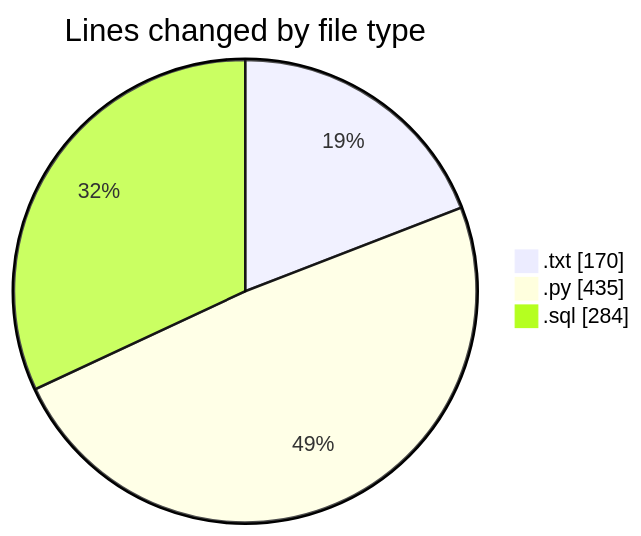
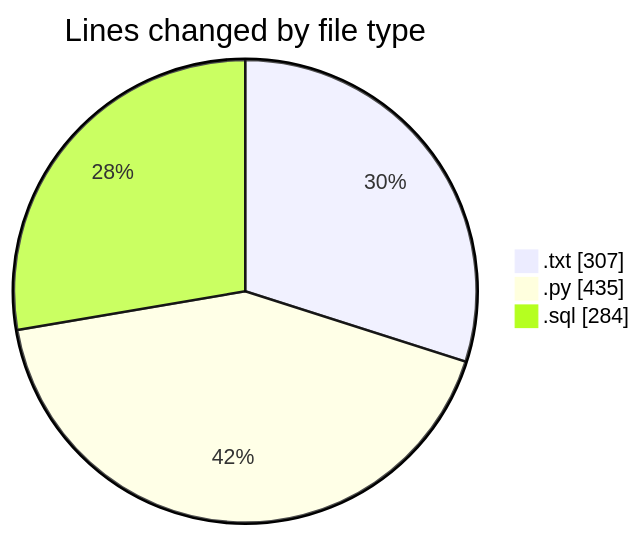
Before and after one commit to lephambinh05/code-tracking: the first of 2 diagrams in 2025-09-16/datanv/README.md, drawn with Mermaid. The commit also changed other lines of this file and 1 other file, not shown here.

````diff
--- a/2025-09-16/datanv/README.md
+++ b/2025-09-16/datanv/README.md
@@ -25,7 +25,7 @@
 ```mermaid
 pie showData
 title Lines changed by file type
-".txt" : 170
+".txt" : 307
 ".py" : 435
 ".sql" : 284
 ```
````
